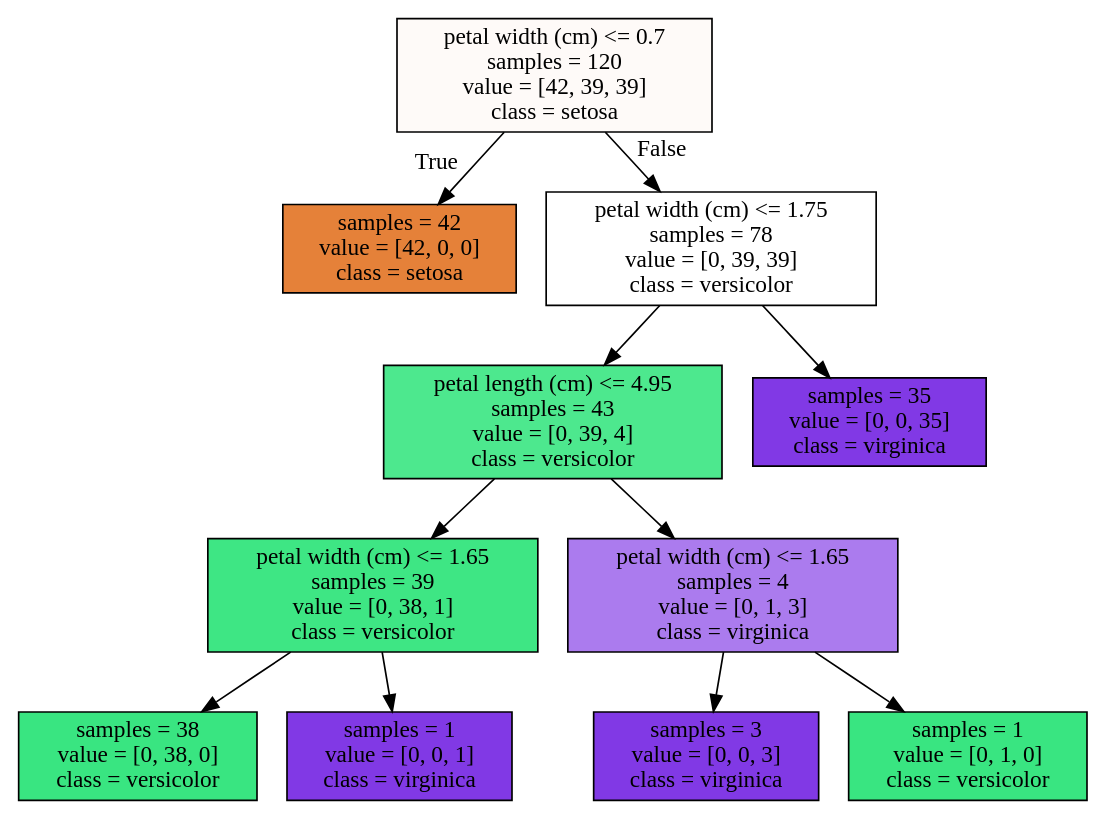
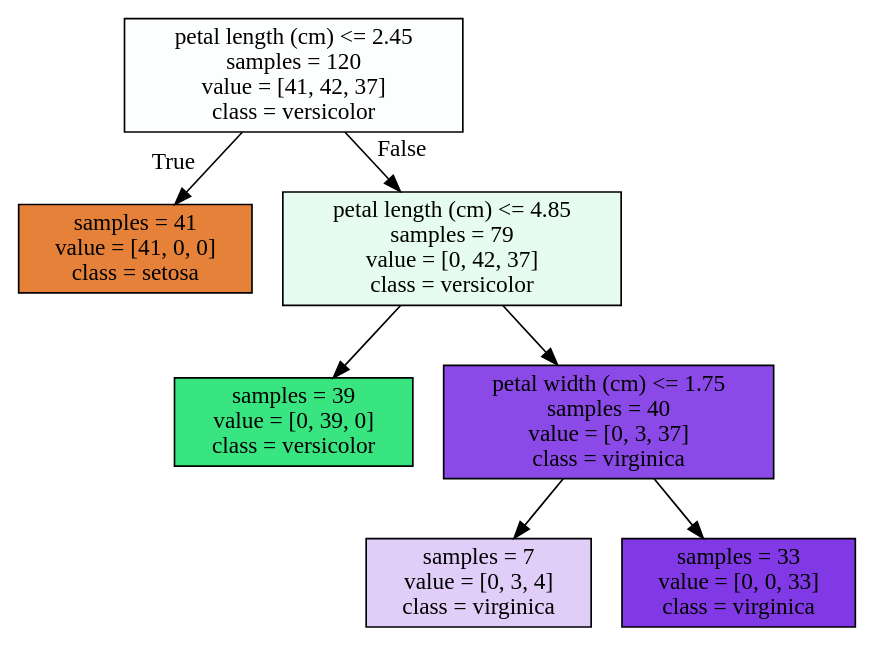
Before and after one commit to juancsosap/pythontraining: the diagram in training/c20_sklearn/jupyter/tree.dot, drawn with Graphviz. The commit also changed 43 other files, not shown here.

```diff
--- a/training/c20_sklearn/jupyter/tree.dot
+++ b/training/c20_sklearn/jupyter/tree.dot
@@ -1,24 +1,16 @@
 digraph Tree {
 node [shape=box, style="filled", color="black"] ;
-0 [label="petal width (cm) <= 0.7\nsamples = 120\nvalue = [42, 39, 39]\nclass = setosa", fillcolor="#fefaf8"] ;
-1 [label="samples = 42\nvalue = [42, 0, 0]\nclass = setosa", fillcolor="#e58139"] ;
+0 [label="petal length (cm) <= 2.45\nsamples = 120\nvalue = [41, 42, 37]\nclass = versicolor", fillcolor="#fcfffd"] ;
+1 [label="samples = 41\nvalue = [41, 0, 0]\nclass = setosa", fillcolor="#e58139"] ;
 0 -> 1 [labeldistance=2.5, labelangle=45, headlabel="True"] ;
-2 [label="petal width (cm) <= 1.75\nsamples = 78\nvalue = [0, 39, 39]\nclass = versicolor", fillcolor="#ffffff"] ;
+2 [label="petal length (cm) <= 4.85\nsamples = 79\nvalue = [0, 42, 37]\nclass = versicolor", fillcolor="#e7fcf0"] ;
 0 -> 2 [labeldistance=2.5, labelangle=-45, headlabel="False"] ;
-3 [label="petal length (cm) <= 4.95\nsamples = 43\nvalue = [0, 39, 4]\nclass = versicolor", fillcolor="#4de88e"] ;
+3 [label="samples = 39\nvalue = [0, 39, 0]\nclass = versicolor", fillcolor="#39e581"] ;
 2 -> 3 ;
-4 [label="petal width (cm) <= 1.65\nsamples = 39\nvalue = [0, 38, 1]\nclass = versicolor", fillcolor="#3ee684"] ;
-3 -> 4 ;
-5 [label="samples = 38\nvalue = [0, 38, 0]\nclass = versicolor", fillcolor="#39e581"] ;
+4 [label="petal width (cm) <= 1.75\nsamples = 40\nvalue = [0, 3, 37]\nclass = virginica", fillcolor="#8b49e7"] ;
+2 -> 4 ;
+5 [label="samples = 7\nvalue = [0, 3, 4]\nclass = virginica", fillcolor="#e0cef8"] ;
 4 -> 5 ;
-6 [label="samples = 1\nvalue = [0, 0, 1]\nclass = virginica", fillcolor="#8139e5"] ;
+6 [label="samples = 33\nvalue = [0, 0, 33]\nclass = virginica", fillcolor="#8139e5"] ;
 4 -> 6 ;
-7 [label="petal width (cm) <= 1.65\nsamples = 4\nvalue = [0, 1, 3]\nclass = virginica", fillcolor="#ab7bee"] ;
-3 -> 7 ;
-8 [label="samples = 3\nvalue = [0, 0, 3]\nclass = virginica", fillcolor="#8139e5"] ;
-7 -> 8 ;
-9 [label="samples = 1\nvalue = [0, 1, 0]\nclass = versicolor", fillcolor="#39e581"] ;
-7 -> 9 ;
-10 [label="samples = 35\nvalue = [0, 0, 35]\nclass = virginica", fillcolor="#8139e5"] ;
-2 -> 10 ;
 }
```
